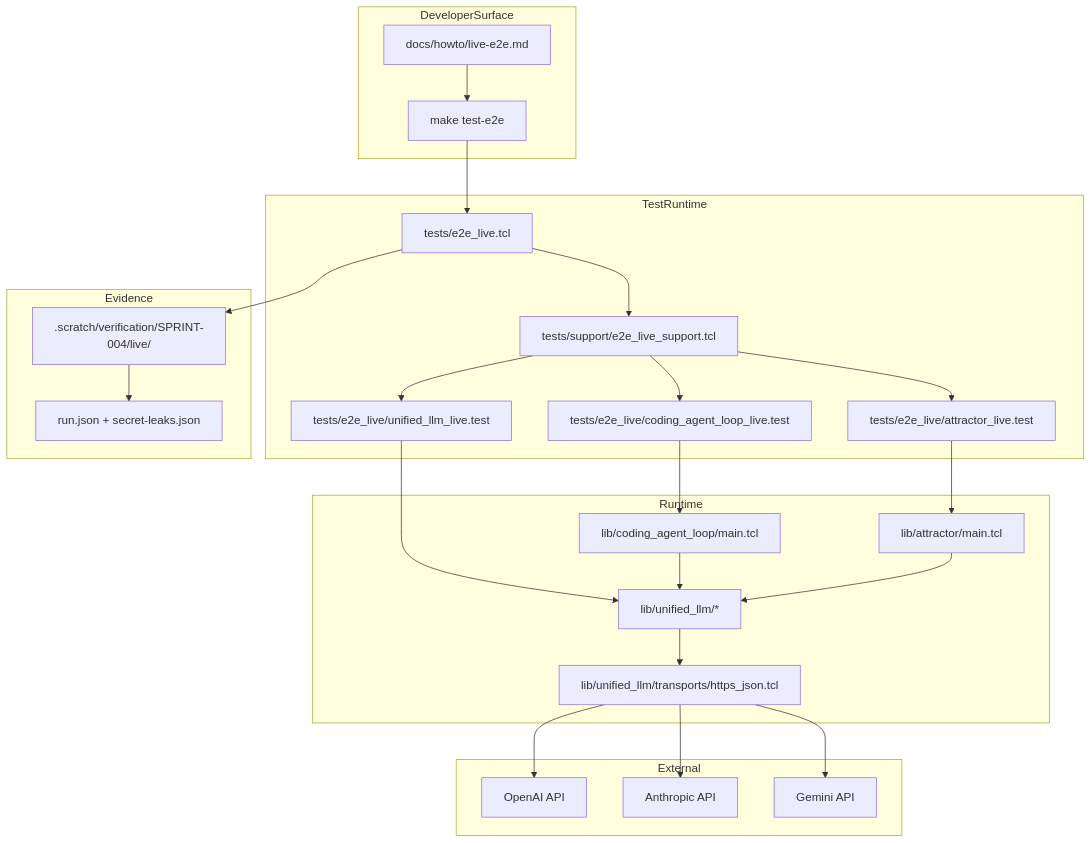
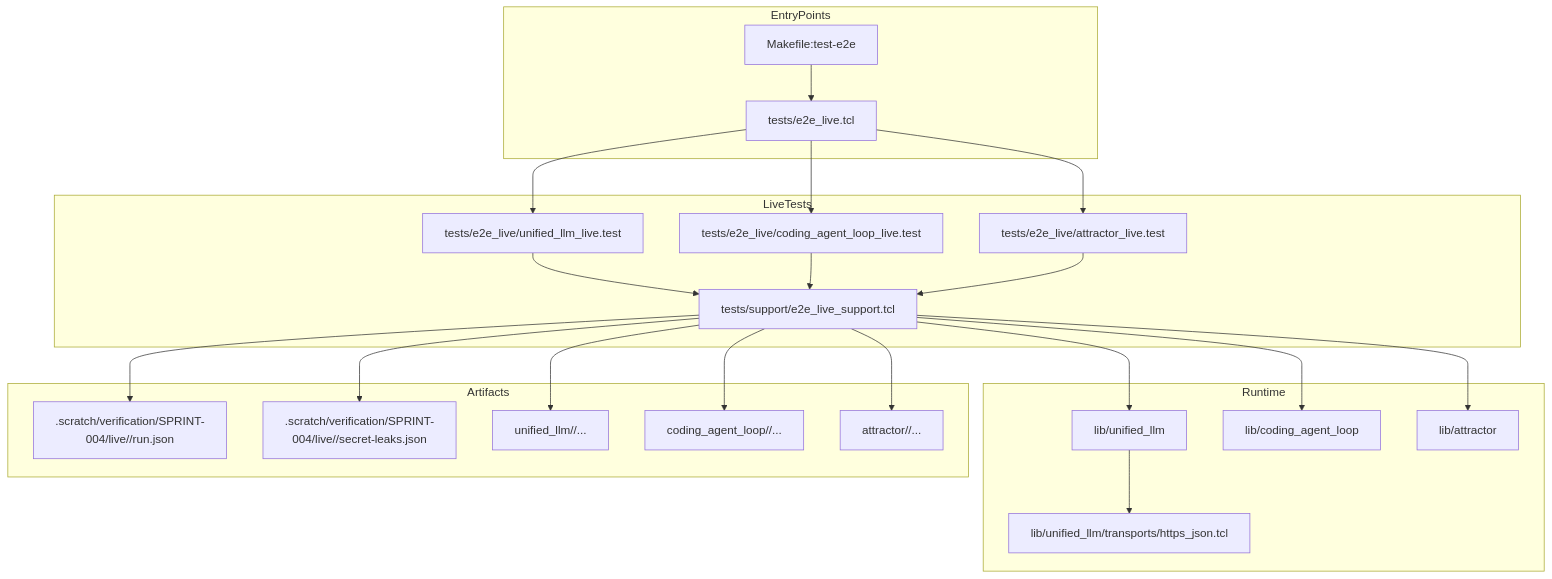
One commit to jaytaylor/attractor-tcl changed the fifth of 5 diagrams in docs/sprints/SPRINT-004-comprehensive-implementation-plan.md. Above: the diagram before and after it, drawn with Mermaid. The commit also changed other lines of this file, not shown here.

Commit message:
docs: complete sprint 004 comprehensive implementation plan with verified evidence

````diff
--- a/docs/sprints/SPRINT-004-comprehensive-implementation-plan.md
+++ b/docs/sprints/SPRINT-004-comprehensive-implementation-plan.md
@@ -1413,51 +1954,46 @@
 ```mermaid
 flowchart TB
-  subgraph DeveloperSurface
-    MAKE[make test-e2e]
-    HOWTO[docs/howto/live-e2e.md]
+  subgraph EntryPoints
+    MK[Makefile:test-e2e]
+    LH[tests/e2e_live.tcl]
   end
 
-  subgraph TestRuntime
-    HARNESS[tests/e2e_live.tcl]
-    SUPPORT[tests/support/e2e_live_support.tcl]
+  subgraph LiveTests
     UTEST[tests/e2e_live/unified_llm_live.test]
     CTEST[tests/e2e_live/coding_agent_loop_live.test]
     ATEST[tests/e2e_live/attractor_live.test]
+    SUP[tests/support/e2e_live_support.tcl]
   end
 
   subgraph Runtime
-    ULLM[lib/unified_llm/*]
-    CAL[lib/coding_agent_loop/main.tcl]
-    ATR[lib/attractor/main.tcl]
-    HTTPX[lib/unified_llm/transports/https_json.tcl]
+    ULLM[lib/unified_llm]
+    UTR[lib/unified_llm/transports/https_json.tcl]
+    CAL[lib/coding_agent_loop]
+    ATR[lib/attractor]
   end
 
-  subgraph External
-    OPENAI[OpenAI API]
-    ANTHROPIC[Anthropic API]
-    GEMINI[Gemini API]
+  subgraph Artifacts
+    RUN[.scratch/verification/SPRINT-004/live/<run_id>/run.json]
+    LEAK[.scratch/verification/SPRINT-004/live/<run_id>/secret-leaks.json]
+    UART[unified_llm/<provider>/...]
+    CART[coding_agent_loop/<provider>/...]
+    AART[attractor/<provider>/...]
   end
 
-  subgraph Evidence
-    SCRATCH[.scratch/verification/SPRINT-004/live/<run_id>]
-    REPORTS[run.json + secret-leaks.json]
-  end
-
-  MAKE --> HARNESS
-  HOWTO --> MAKE
-  HARNESS --> SUPPORT
-  SUPPORT --> UTEST
-  SUPPORT --> CTEST
-  SUPPORT --> ATEST
-  UTEST --> ULLM
-  CTEST --> CAL
-  ATEST --> ATR
-  ULLM --> HTTPX
-  CAL --> ULLM
-  ATR --> ULLM
-  HTTPX --> OPENAI
-  HTTPX --> ANTHROPIC
-  HTTPX --> GEMINI
-  HARNESS --> SCRATCH
-  SCRATCH --> REPORTS
+  MK --> LH
+  LH --> UTEST
+  LH --> CTEST
+  LH --> ATEST
+  UTEST --> SUP
+  CTEST --> SUP
+  ATEST --> SUP
+  SUP --> ULLM
+  SUP --> CAL
+  SUP --> ATR
+  ULLM --> UTR
+  SUP --> RUN
+  SUP --> LEAK
+  SUP --> UART
+  SUP --> CART
+  SUP --> AART
 ```
````
